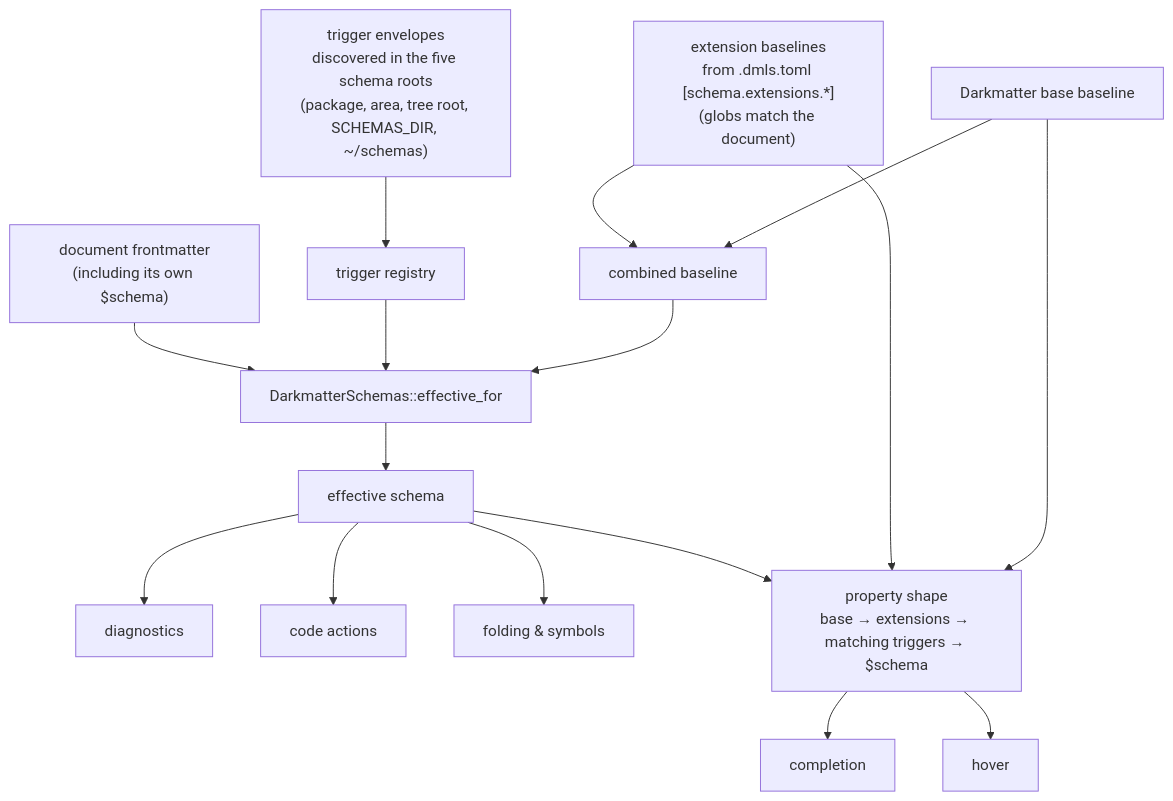
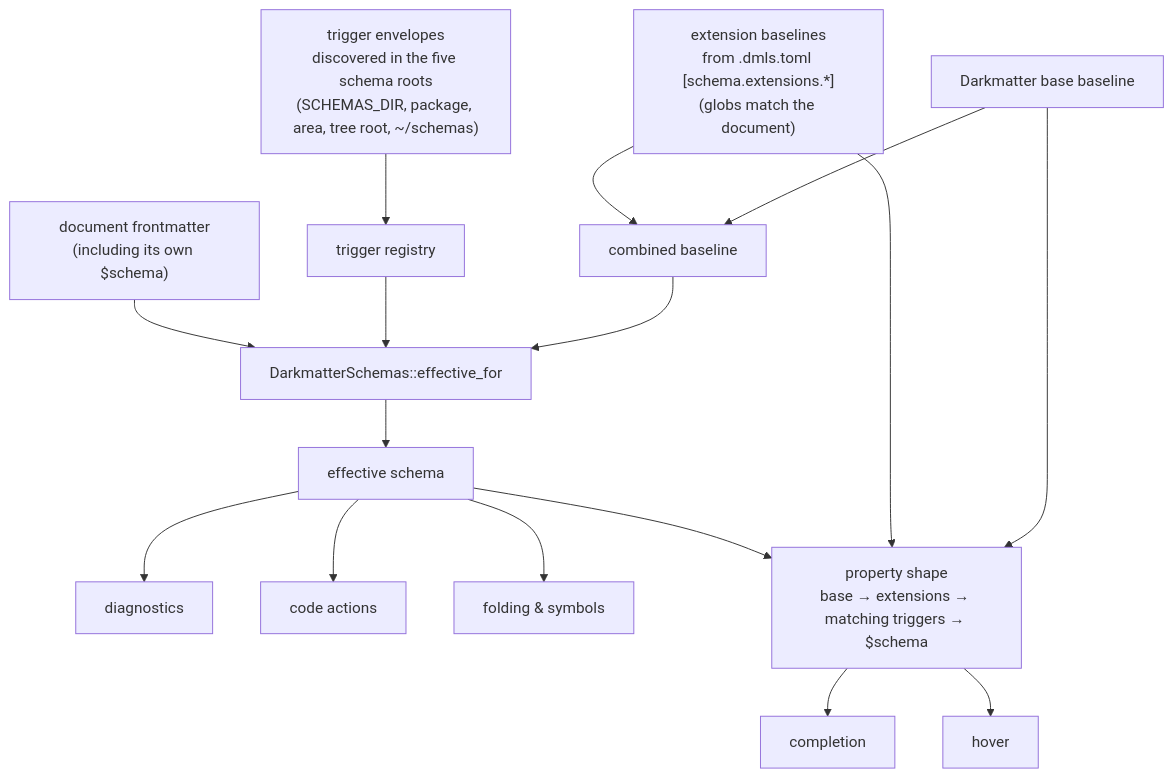
One commit to yankeeinlondon/rusty-biscuit changed the first of 2 diagrams in darkmatter/docs/topics/schemas/dmls-schema-support.md. Above: the diagram before and after it, drawn with Mermaid. The commit also changed 19 other files, not shown here.

First line of the commit message:
fix(darkmatter): prioritize SCHEMAS_DIR schema root

````diff
--- a/darkmatter/docs/topics/schemas/dmls-schema-support.md
+++ b/darkmatter/docs/topics/schemas/dmls-schema-support.md
@@ -53,18 +53,18 @@
 ```mermaid
 flowchart TD
     BASE["Darkmatter base baseline"] --> MERGE["combined baseline"]
     EXT["extension baselines<br/>from .dmls.toml [schema.extensions.*]<br/>(globs match the document)"] --> MERGE
-    TRIG["trigger envelopes<br/>discovered in the five schema roots<br/>(package, area, tree root, SCHEMAS_DIR, ~/schemas)"] --> REGISTRY["trigger registry"]
+    TRIG["trigger envelopes<br/>discovered in the five schema roots<br/>(SCHEMAS_DIR, package, area, tree root, ~/schemas)"] --> REGISTRY["trigger registry"]
     MERGE --> ENGINE["DarkmatterSchemas::effective_for"]
     REGISTRY --> ENGINE
     DOC["document frontmatter<br/>(including its own $schema)"] --> ENGINE
     ENGINE --> EFFECTIVE["effective schema"]
     EFFECTIVE --> DIAG["diagnostics"]
     EFFECTIVE --> ACTION["code actions"]
     EFFECTIVE --> FOLD["folding & symbols"]
     BASE --> SHAPE["property shape<br/>base → extensions → matching triggers → $schema"]
     EXT --> SHAPE
     EFFECTIVE --> SHAPE
     SHAPE --> COMP["completion"]
     SHAPE --> HOV["hover"]
 ```
````
